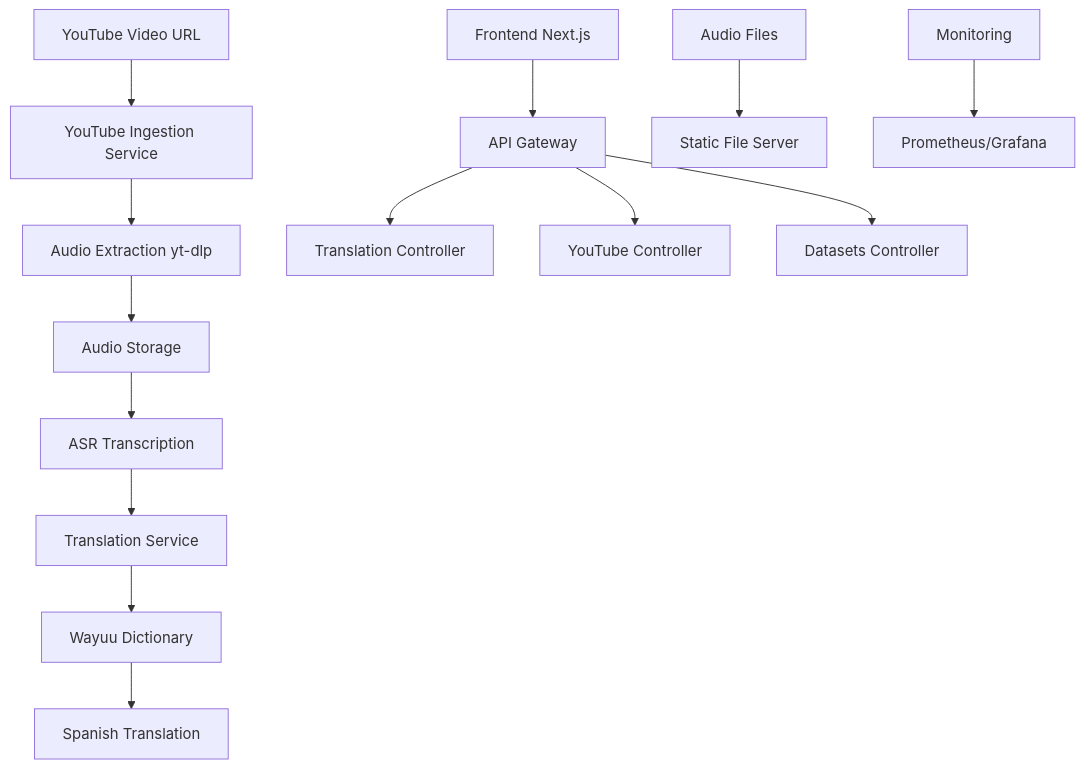
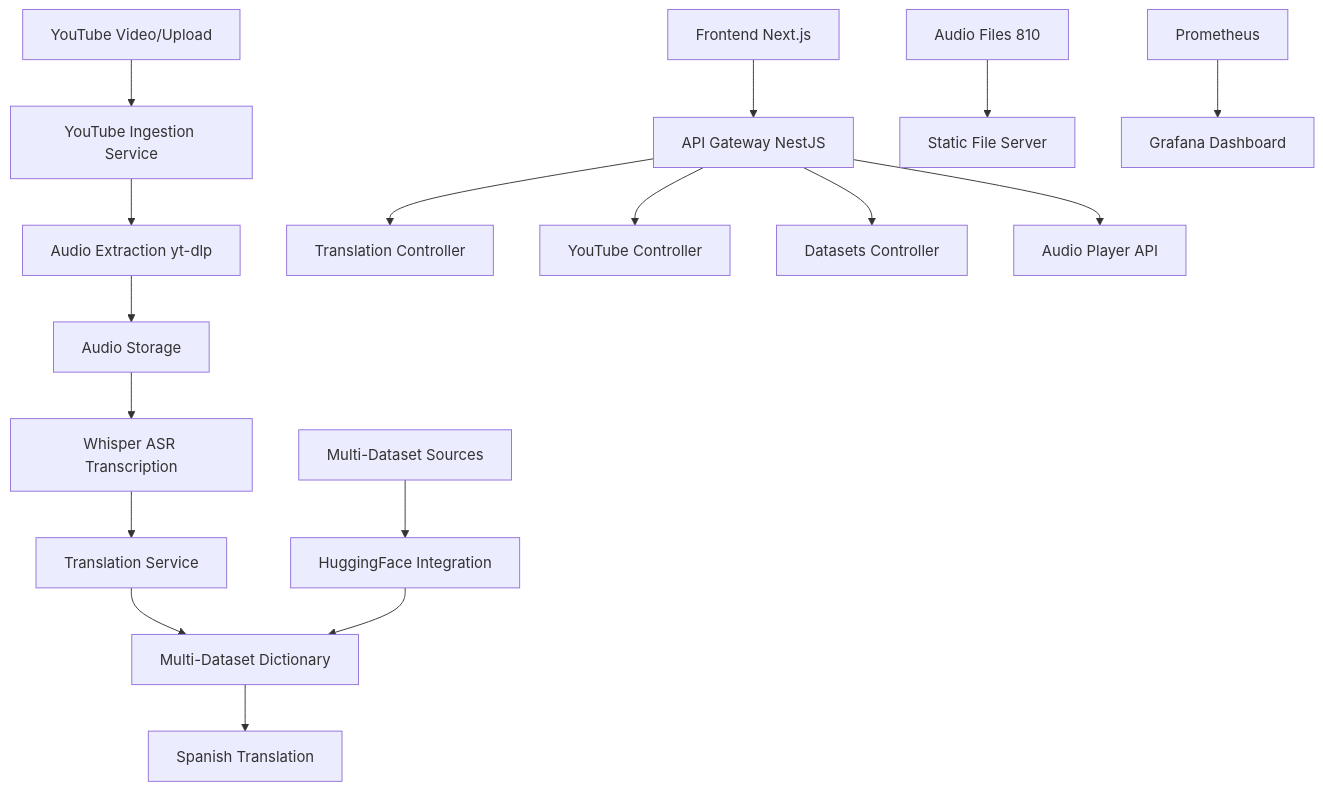
The diagram in README.md (fredygallego8/wayuu-spanish-translator), drawn with Mermaid before and after one commit. The commit also changed other lines of this file and 149 other files, not shown here.

````diff
--- a/README.md
+++ b/README.md
@@ -30,18 +46,22 @@
 ```mermaid
 graph TB
-    A[YouTube Video URL] --> B[YouTube Ingestion Service]
+    A[YouTube Video/Upload] --> B[YouTube Ingestion Service]
     B --> C[Audio Extraction yt-dlp]
     C --> D[Audio Storage]
-    D --> E[ASR Transcription]
+    D --> E[Whisper ASR Transcription]
     E --> F[Translation Service]
-    F --> G[Wayuu Dictionary]
+    F --> G[Multi-Dataset Dictionary]
     G --> H[Spanish Translation]
     
-    I[Frontend Next.js] --> J[API Gateway]
+    I[Frontend Next.js] --> J[API Gateway NestJS]
     J --> K[Translation Controller]
     J --> L[YouTube Controller]
     J --> M[Datasets Controller]
+    J --> N[Audio Player API]
     
-    N[Audio Files] --> O[Static File Server]
-    P[Monitoring] --> Q[Prometheus/Grafana]
+    O[Audio Files 810] --> P[Static File Server]
+    Q[Prometheus] --> R[Grafana Dashboard]
+    
+    S[Multi-Dataset Sources] --> T[HuggingFace Integration]
+    T --> G
 ```
````
